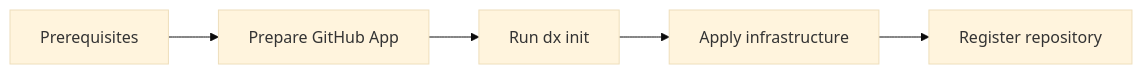
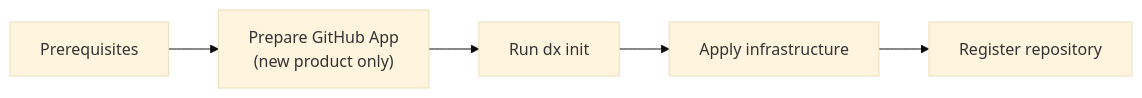
The diagram in apps/website/docs/monorepository-setup.mdx (pagopa/dx), drawn with Mermaid (base theme) before and after one commit. The commit also changed other lines of this file, not shown here.

````diff
--- a/apps/website/docs/monorepository-setup.mdx
+++ b/apps/website/docs/monorepository-setup.mdx
@@ -17,7 +14,7 @@
 ```mermaid
 flowchart LR
-    A[Prerequisites] --> B[Prepare GitHub App]
-    B --> C[Run dx init]
+    A[Prerequisites] --> B["Prepare GitHub App<br/>(new product only)"]
+    B --> C["Run dx init"]
     C --> D[Apply infrastructure]
     D --> E[Register repository]
 ```
````
